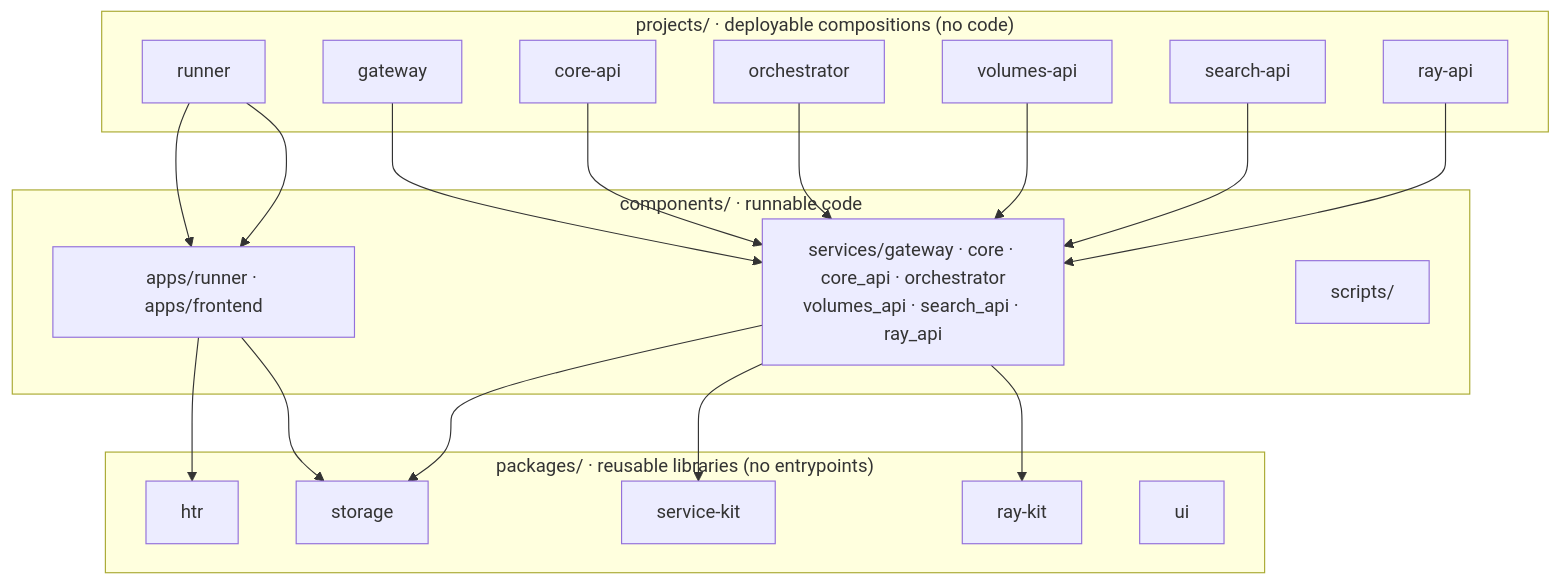
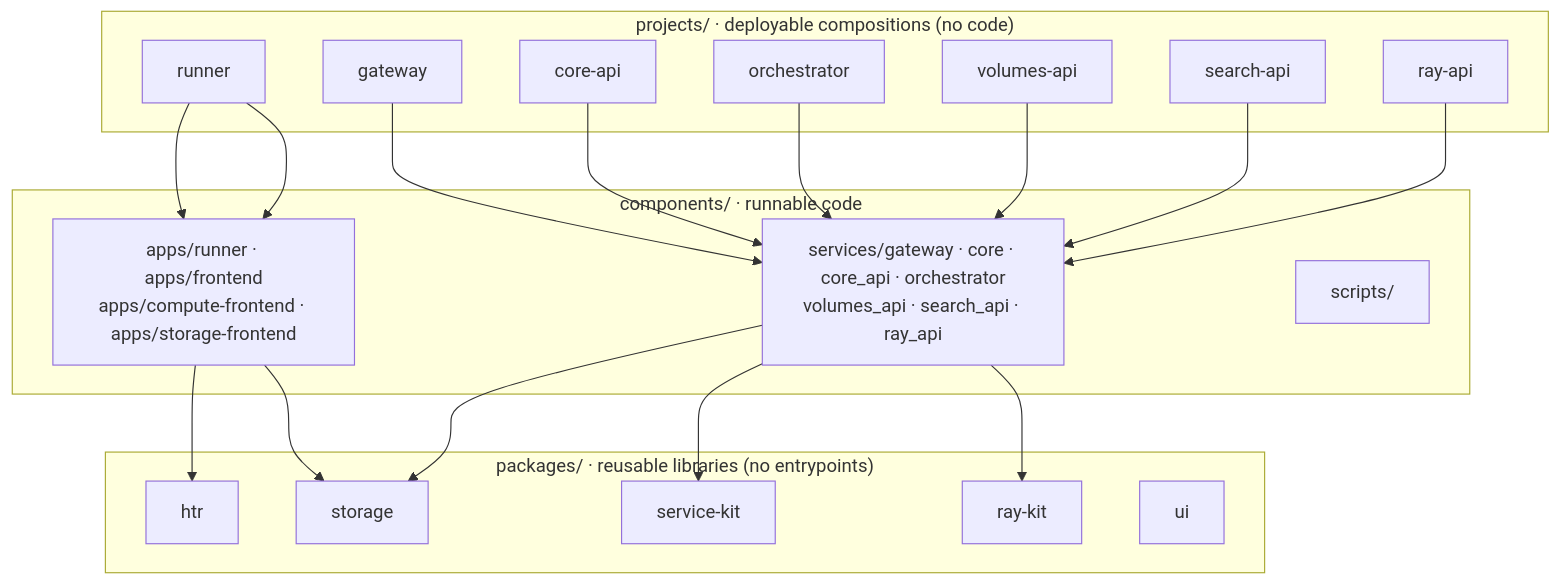
Before and after one commit to AI-Riksarkivet/rask: the diagram in docs/architecture/layout.md, drawn with Mermaid. The commit also changed other lines of this file and 20 other files, not shown here.

````diff
--- a/docs/architecture/layout.md
+++ b/docs/architecture/layout.md
@@ -6,32 +6,32 @@
 ```mermaid
 flowchart TD
     subgraph projects["projects/ · deployable compositions (no code)"]
         pr["runner"]
         pgw["gateway"]
         pca["core-api"]
         po["orchestrator"]
         pv["volumes-api"]
         ps["search-api"]
         pra["ray-api"]
     end
     subgraph components["components/ · runnable code"]
-        ca["apps/runner · apps/frontend"]
+        ca["apps/runner · apps/frontend<br/>apps/compute-frontend · apps/storage-frontend"]
         cs["services/gateway · core · core_api · orchestrator<br/>volumes_api · search_api · ray_api"]
         cx["scripts/"]
     end
     subgraph packages["packages/ · reusable libraries (no entrypoints)"]
         ph["htr"]
         pst["storage"]
         psk["service-kit"]
         prk["ray-kit"]
         pc["ui"]
     end
     pr --> ca --> ph
     pr --> ca --> pst
     pgw --> cs --> psk
     pca --> cs
     po --> cs --> prk
     pv --> cs --> pst
     ps --> cs
     pra --> cs
 ```
````
